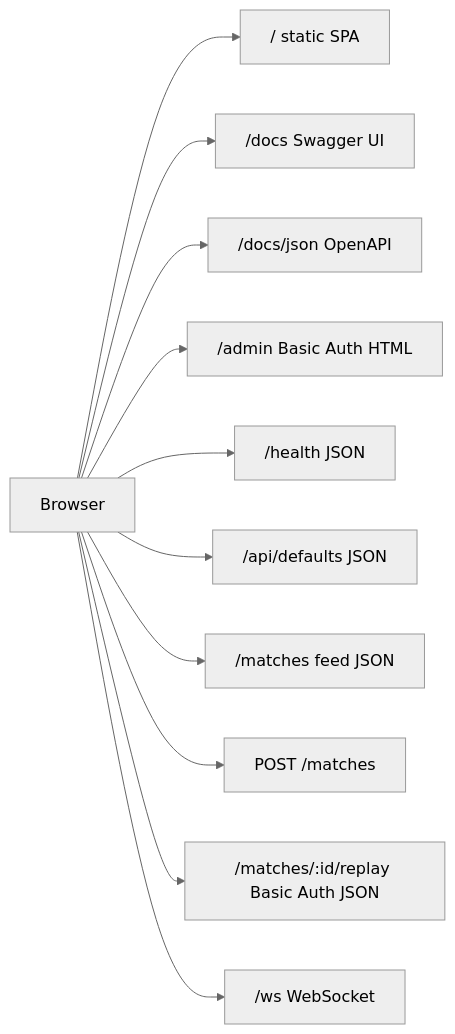
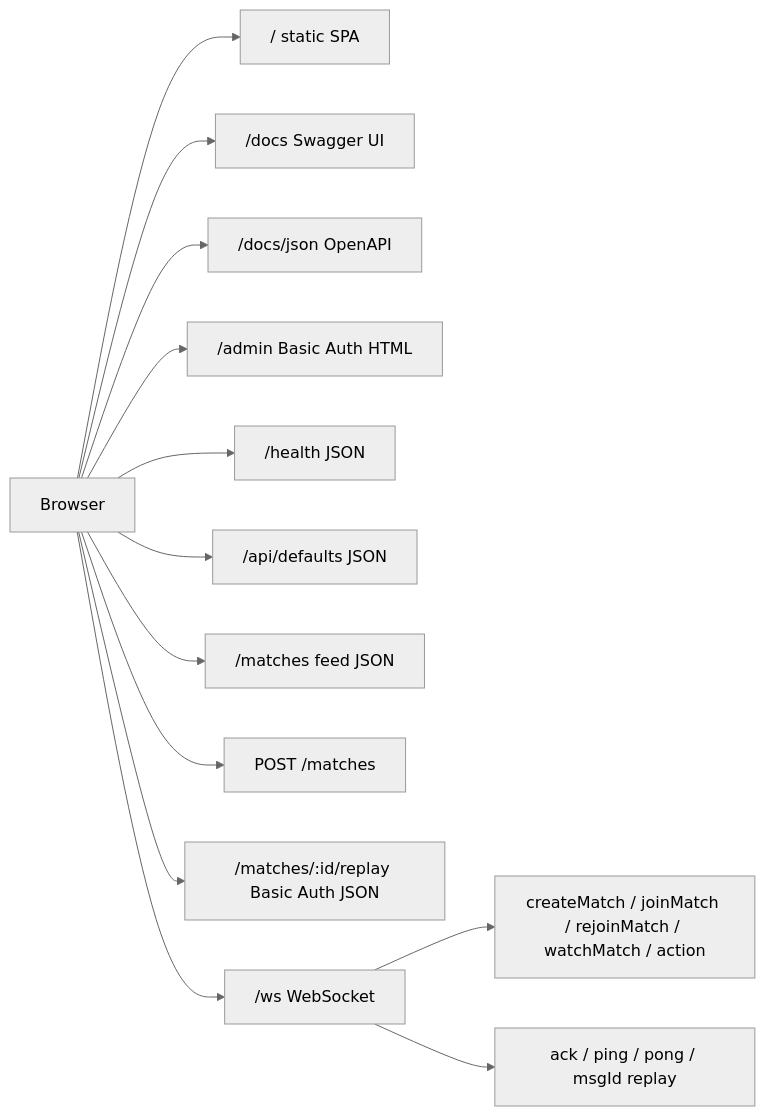
The diagram in docs/system/site-flow-2.mmd (phalanxduel/phalanxduel), drawn with Mermaid (neutral theme) before and after one commit. The commit also changed 9 other files, not shown here.

```diff
--- a/docs/system/site-flow-2.mmd
+++ b/docs/system/site-flow-2.mmd
@@ -1,11 +1,13 @@
 flowchart LR
   BROWSER[Browser] --> ROOT["/ static SPA"]
   BROWSER --> DOCS["/docs Swagger UI"]
   BROWSER --> OPENAPI["/docs/json OpenAPI"]
   BROWSER --> ADMIN["/admin Basic Auth HTML"]
   BROWSER --> HEALTH["/health JSON"]
   BROWSER --> DEFAULTS["/api/defaults JSON"]
   BROWSER --> MATCHES["/matches feed JSON"]
   BROWSER --> CREATE["POST /matches"]
   BROWSER --> REPLAY["/matches/:id/replay Basic Auth JSON"]
   BROWSER --> WS["/ws WebSocket"]
+  WS --> WS_MSG["createMatch / joinMatch / rejoinMatch / watchMatch / action"]
+  WS --> WS_RELIABILITY["ack / ping / pong / msgId replay"]
```
